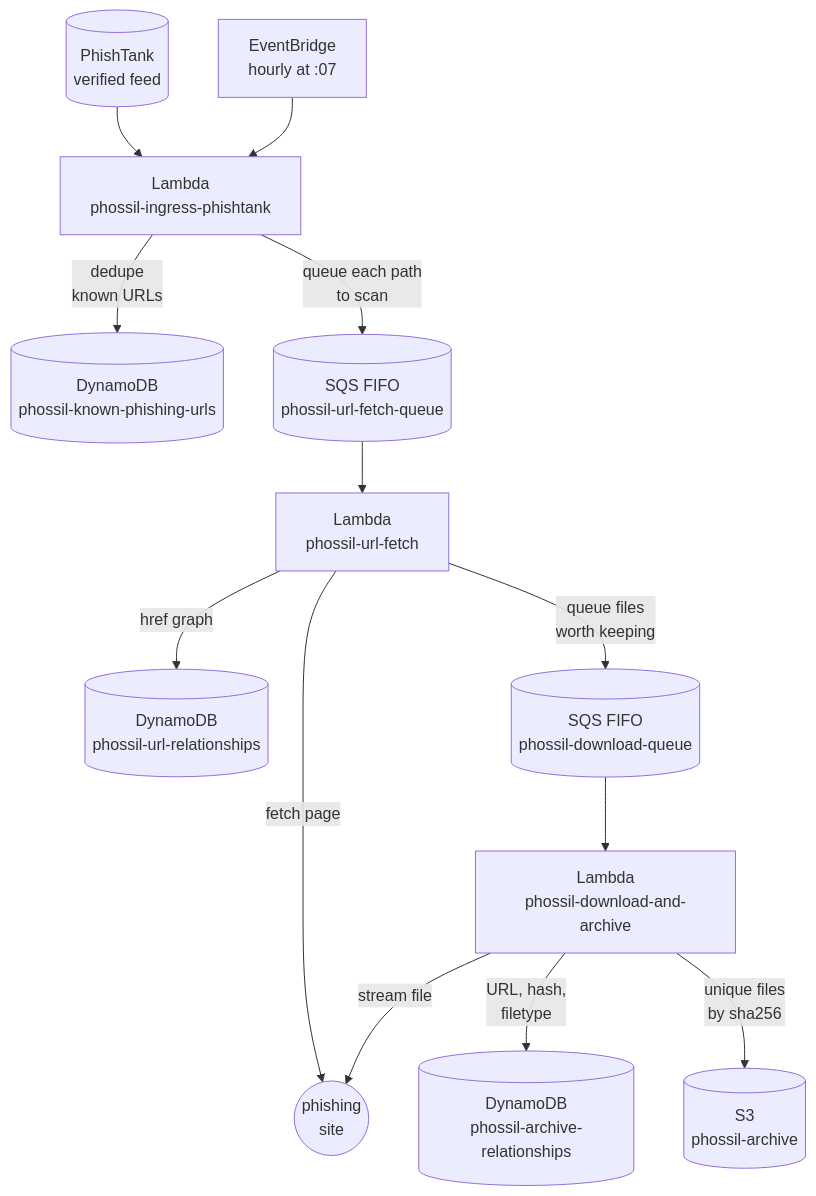
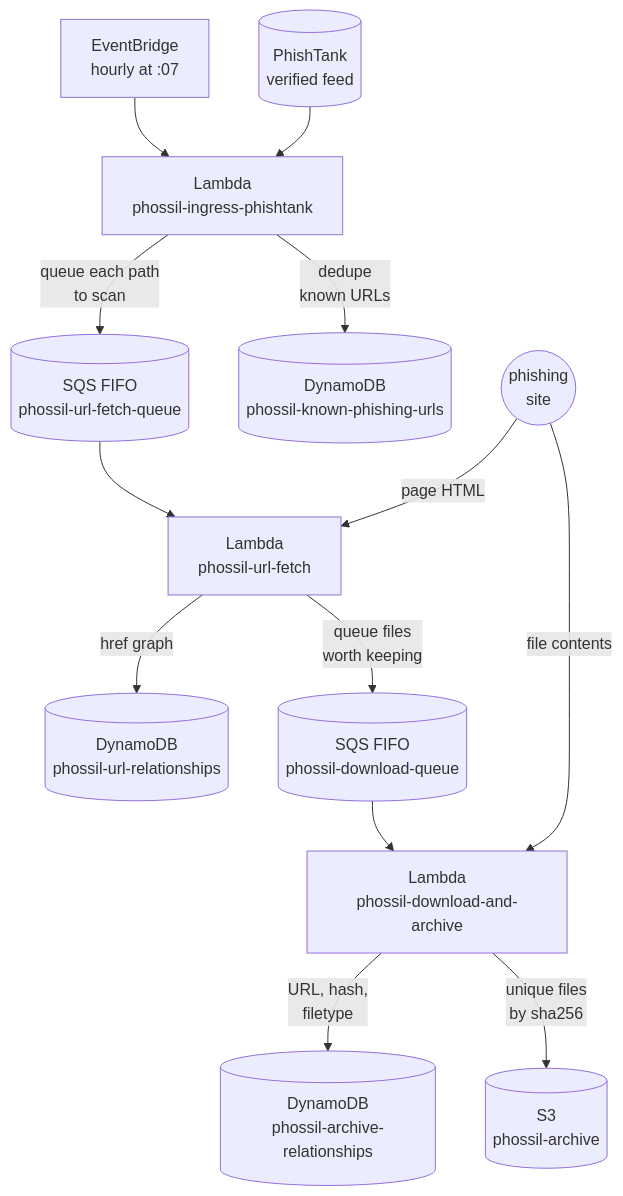
The diagram in README.md (tweedge/phossil), drawn with Mermaid before and after one commit.

Commit message:
README: point the phishing site into the Lambdas that read it
Data flows from the site to the workers, and the site now renders at
the top of the diagram instead of dangling below url-fetch.

````diff
--- a/README.md
+++ b/README.md
@@ -23,15 +23,16 @@
 ```mermaid
 flowchart TD
     PT[(PhishTank<br>verified feed)] --> ING
     EB[EventBridge<br>hourly at :07] --> ING[Lambda<br>phossil-ingress-phishtank]
+    WEB((phishing<br>site))
+    WEB -->|page HTML| UF[Lambda<br>phossil-url-fetch]
+    WEB -->|file contents| DL[Lambda<br>phossil-download-and-archive]
     ING -->|dedupe<br>known URLs| DDB1[(DynamoDB<br>phossil-known-phishing-urls)]
     ING -->|queue each path<br>to scan| Q1[(SQS FIFO<br>phossil-url-fetch-queue)]
-    Q1 --> UF[Lambda<br>phossil-url-fetch]
-    UF -->|fetch page| WEB((phishing<br>site))
+    Q1 --> UF
     UF -->|href graph| DDB2[(DynamoDB<br>phossil-url-relationships)]
     UF -->|queue files<br>worth keeping| Q2[(SQS FIFO<br>phossil-download-queue)]
-    Q2 --> DL[Lambda<br>phossil-download-and-archive]
-    DL -->|stream file| WEB
+    Q2 --> DL
     DL -->|URL, hash,<br>filetype| DDB3[(DynamoDB<br>phossil-archive-relationships)]
     DL -->|unique files<br>by sha256| S3[(S3<br>phossil-archive)]
 ```
````
